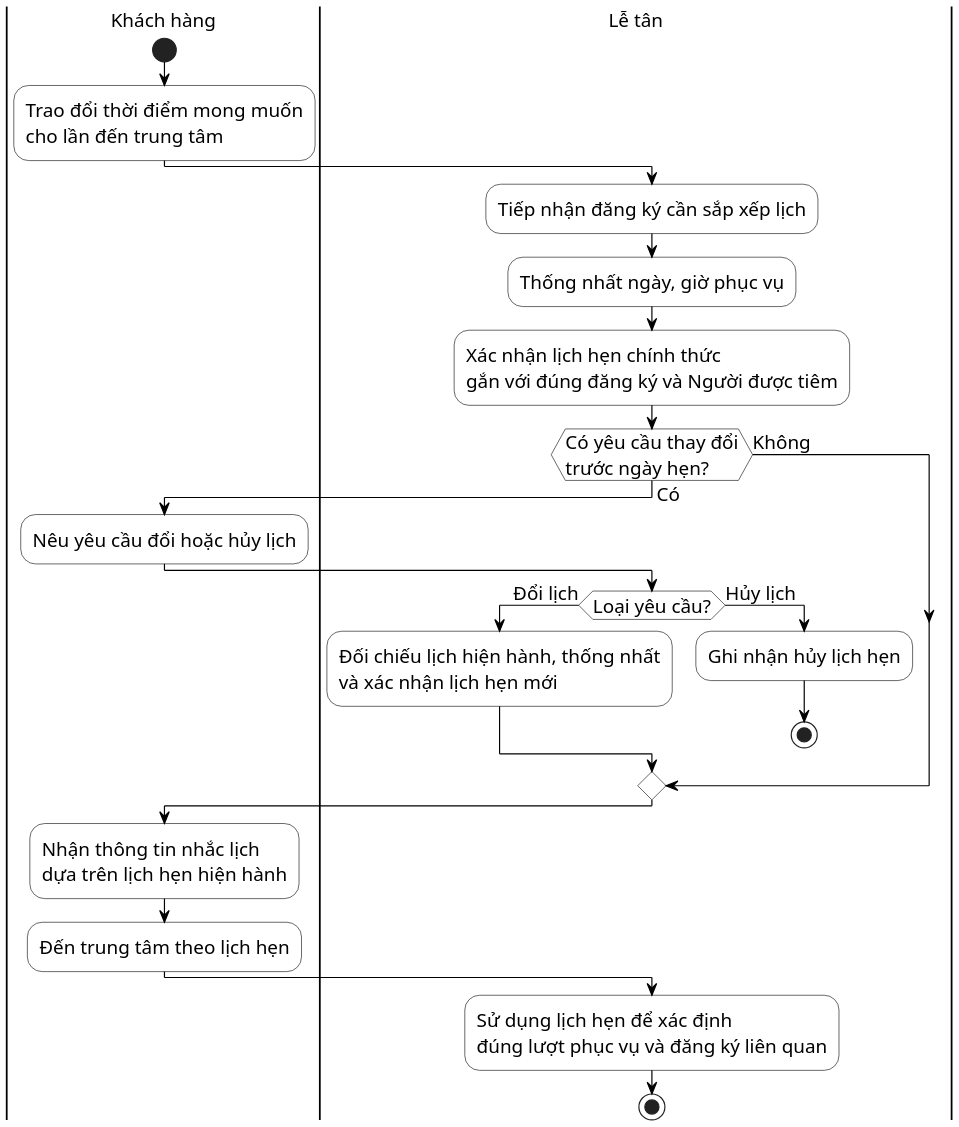
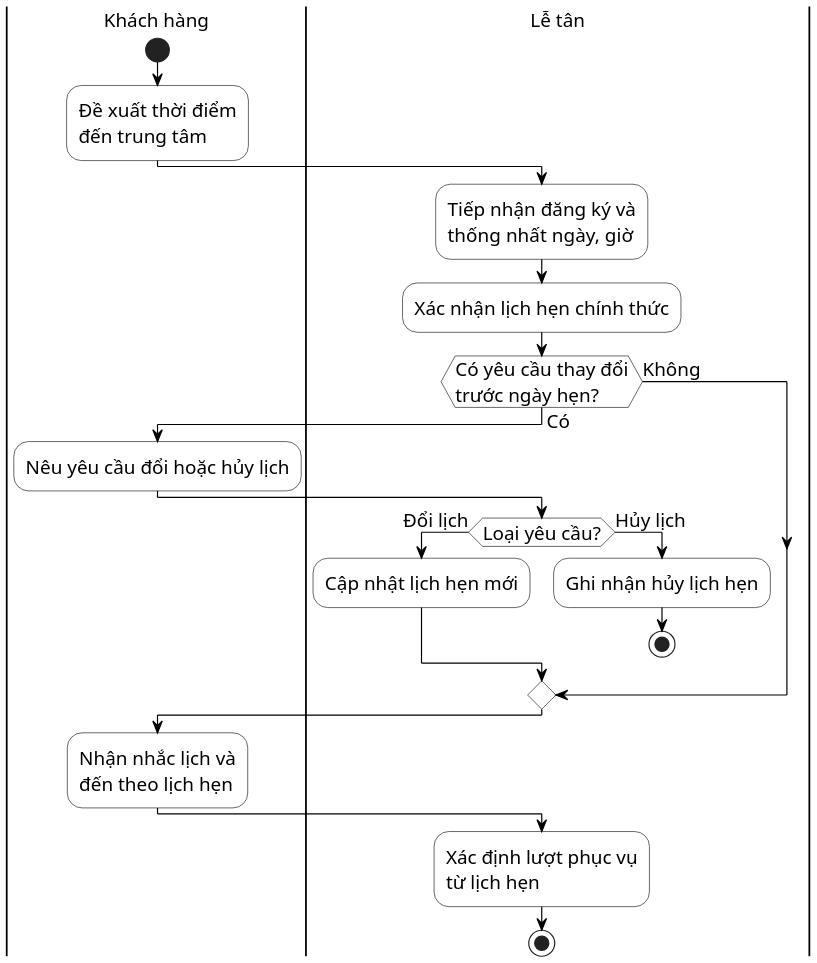
The diagram in docs/thesis/uml/Hinh_2_5_Activity_Quan_Ly_Lich_Hen.puml (datngo1203/KLCN-QuanLyTiemChung), drawn with PlantUML before and after one commit. The commit also changed 6 other files, not shown here.

Commit message:
docs: compact business activity flow wording

```diff
--- a/docs/thesis/uml/Hinh_2_5_Activity_Quan_Ly_Lich_Hen.puml
+++ b/docs/thesis/uml/Hinh_2_5_Activity_Quan_Ly_Lich_Hen.puml
@@ -1,44 +1,44 @@
 @startuml
-' HUIT UML Visual Profile v1 - compact-fixed layout
+' HUIT UML Visual Profile v1 - compact data-aware layout
 skinparam monochrome true
 skinparam shadowing false
 skinparam backgroundColor white
 skinparam defaultFontName "Times New Roman"
 skinparam defaultFontSize 16
 skinparam ArrowColor black
 skinparam ActivityBorderColor black
 skinparam ActivityBackgroundColor white
 skinparam PartitionBorderColor black
 skinparam PartitionBackgroundColor white
+skinparam nodesep 20
+skinparam ranksep 24
 skinparam dpi 180
 
 |Khách hàng|
 start
-:Trao đổi thời điểm mong muốn\ncho lần đến trung tâm;
+:Đề xuất thời điểm\nđến trung tâm;
 
 |Lễ tân|
-:Tiếp nhận đăng ký cần sắp xếp lịch;
-:Thống nhất ngày, giờ phục vụ;
-:Xác nhận lịch hẹn chính thức\ngắn với đúng đăng ký và Người được tiêm;
+:Tiếp nhận đăng ký và\nthống nhất ngày, giờ;
+:Xác nhận lịch hẹn chính thức;
 
 if (Có yêu cầu thay đổi\ntrước ngày hẹn?) then (Có)
   |Khách hàng|
   :Nêu yêu cầu đổi hoặc hủy lịch;
   |Lễ tân|
   if (Loại yêu cầu?) then (Đổi lịch)
-    :Đối chiếu lịch hiện hành, thống nhất\nvà xác nhận lịch hẹn mới;
+    :Cập nhật lịch hẹn mới;
   else (Hủy lịch)
     :Ghi nhận hủy lịch hẹn;
     stop
   endif
 else (Không)
 endif
 
 |Khách hàng|
-:Nhận thông tin nhắc lịch\ndựa trên lịch hẹn hiện hành;
-:Đến trung tâm theo lịch hẹn;
+:Nhận nhắc lịch và\nđến theo lịch hẹn;
 
 |Lễ tân|
-:Sử dụng lịch hẹn để xác định\nđúng lượt phục vụ và đăng ký liên quan;
+:Xác định lượt phục vụ\ntừ lịch hẹn;
 stop
 @enduml
```
